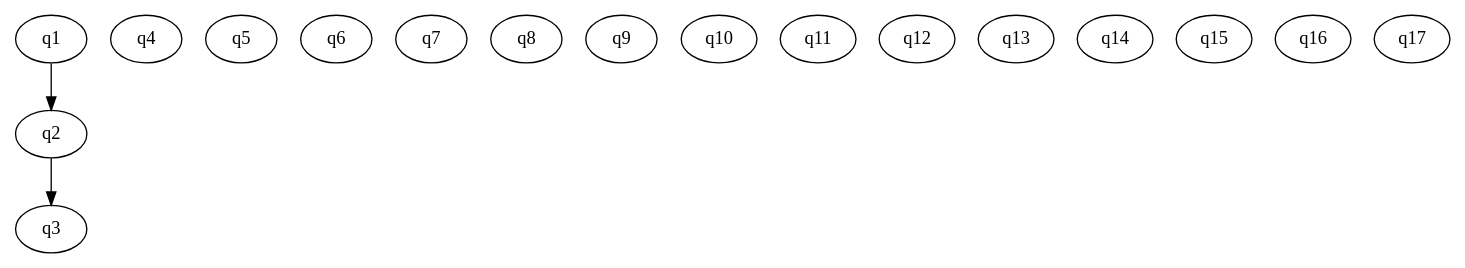
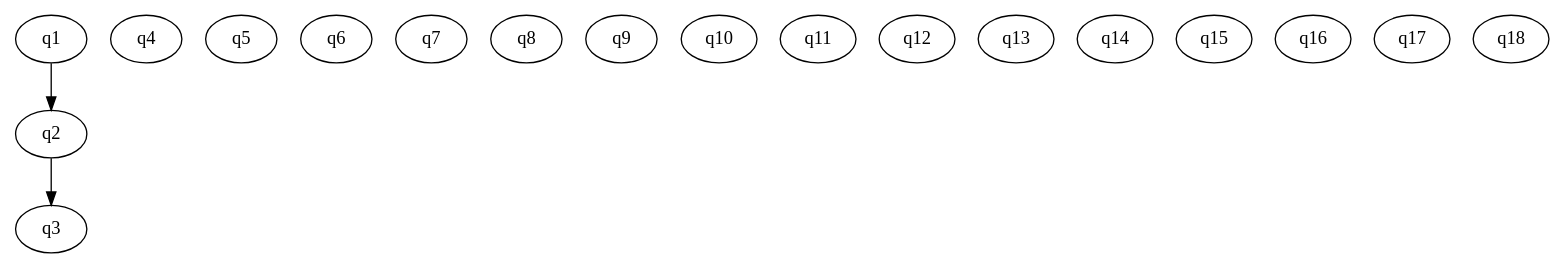
One commit to cdurden/algebra742 changed the diagram in algebra742live/content/question_digraphs/ch5.dot. Above: the diagram before and after it, drawn with Graphviz. The commit also changed 64 other files, not shown here.

Commit message:
CompleteTableQuestion

```diff
--- a/algebra742live/content/question_digraphs/ch5.dot
+++ b/algebra742live/content/question_digraphs/ch5.dot
@@ -1,21 +1,22 @@
 digraph ch5 {
   start=q1;
   q1 [class="Question.SolutionQuestion",params="{'statement': 'x+3>70'}"];
   q2 [class="Question.SolutionQuestion",params="{'statement': 'x+3<70'}"];
   q3 [class="Question.SolutionQuestion",params="{'statement': '5x<2'}"];
   q4 [class="Question.SolutionQuestion",params="{'statement': '-5x<2'}"];
   q5 [class="Question.NonSolutionQuestion",params="{'statement': 'x+3>70'}"];
   q6 [class="Question.NonSolutionQuestion",params="{'statement': 'x+3<70'}"];
   q7 [class="Question.NonSolutionQuestion",params="{'statement': '5x<2'}"];
   q8 [class="Question.NonSolutionQuestion",params="{'statement': '-5x<2'}"];
   q9 [class="Question.SolutionQuestion",params="{'statement': '-3x>18'}"];
   q10 [class="Question.OpenEndedQuestion",params="{'Question': 'How are the solutions to the inequality $-3x \\ge 18$ different from the solutions to $-3x>18$? Explain your reasoning.'}"];
   q11 [class="Question.AsyGraphicsDrawingQuestion",params="{'template': 'NumberLine.asy', 'min':'-8', 'max':'8', 'Question': 'Where are $-5$ and $2$ relative to each other?'}"];
   q12 [class="Question.DotGraphicsQuestion",params="{'template': 'ch5.dot'}"];
   q13 [class="Question.MultiPartQuestion",params="{'parts': [{'class':'Question.SolutionQuestion', 'params': {'statement': 'x+3>70'}}, {'class':'Question.SolutionQuestion', 'params': {'statement': 'x+3<70'}}, {'class':'Question.SolutionQuestion', 'params': {'statement': '5x<2'}}, {'class':'Question.SolutionQuestion', 'params': {'statement': '-5x<2'}}]}"];
   q14 [class="Question.AsyGraphicsQuestion",params="{'template': 'NumberLine.asy', 'min':'-3', 'max':'8', 'Question': ''}"];
   q15 [class="Question.AsyGraphicsQuestion",params="{'template': 'NumberLine.asy', 'min':'-3', 'max':'20', 'Question': ''}"];
   q16 [class="Question.AsyGraphicsQuestion",params="{'template': 'NumberLine.asy', 'min':'-3', 'max':'10', 'Question': ''}"];
   q17 [class="Question.DrawingQuestion",params="{'background_image_url': '/static/images/NumberLineNoLabels.png','Question': 'Graph the solutions to the inequality $-x \\geq -4$ on the number line:'}"];
+  q18 [class="Question.CompleteTableQuestion",params="{'csv': 'a,b,c\\n1,[2],3\\n4,[5],6\\n','Question': 'Complete the table'}"];
   q1 -> q2 -> q3;
 }
```
